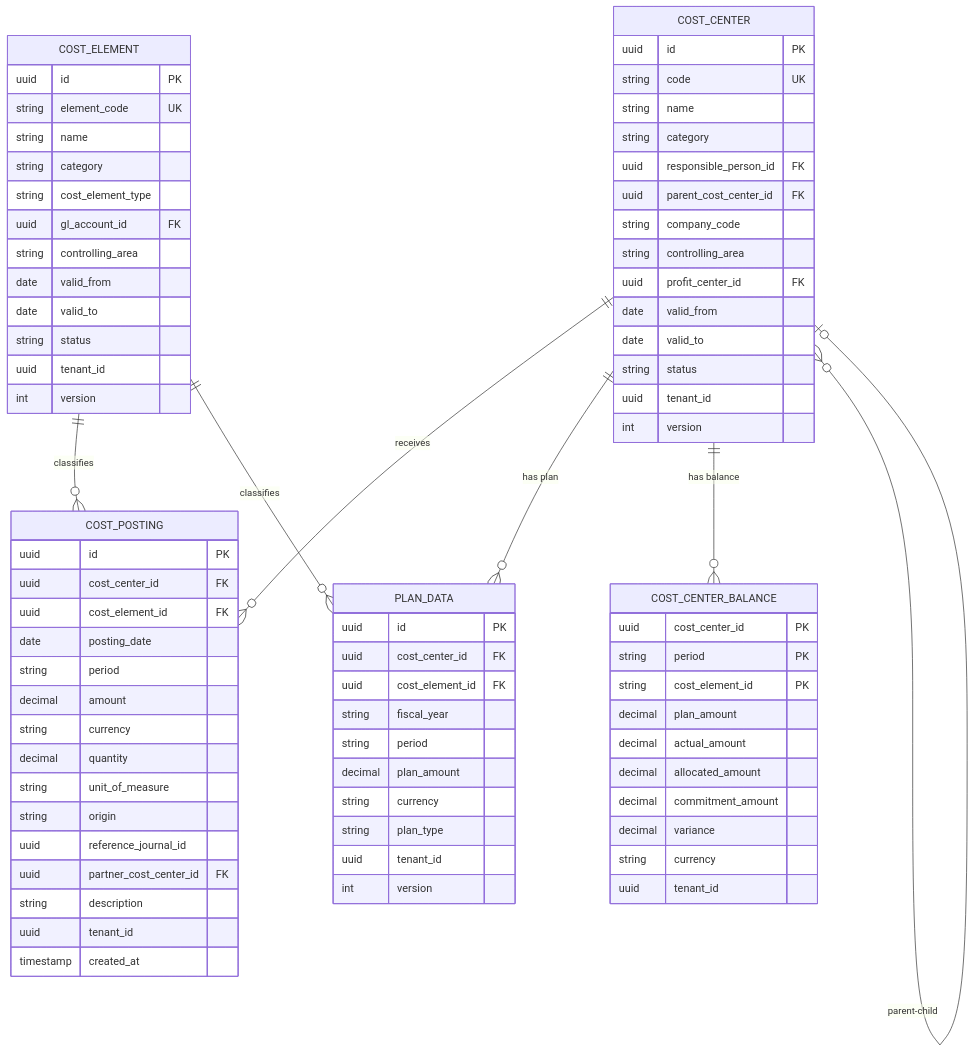
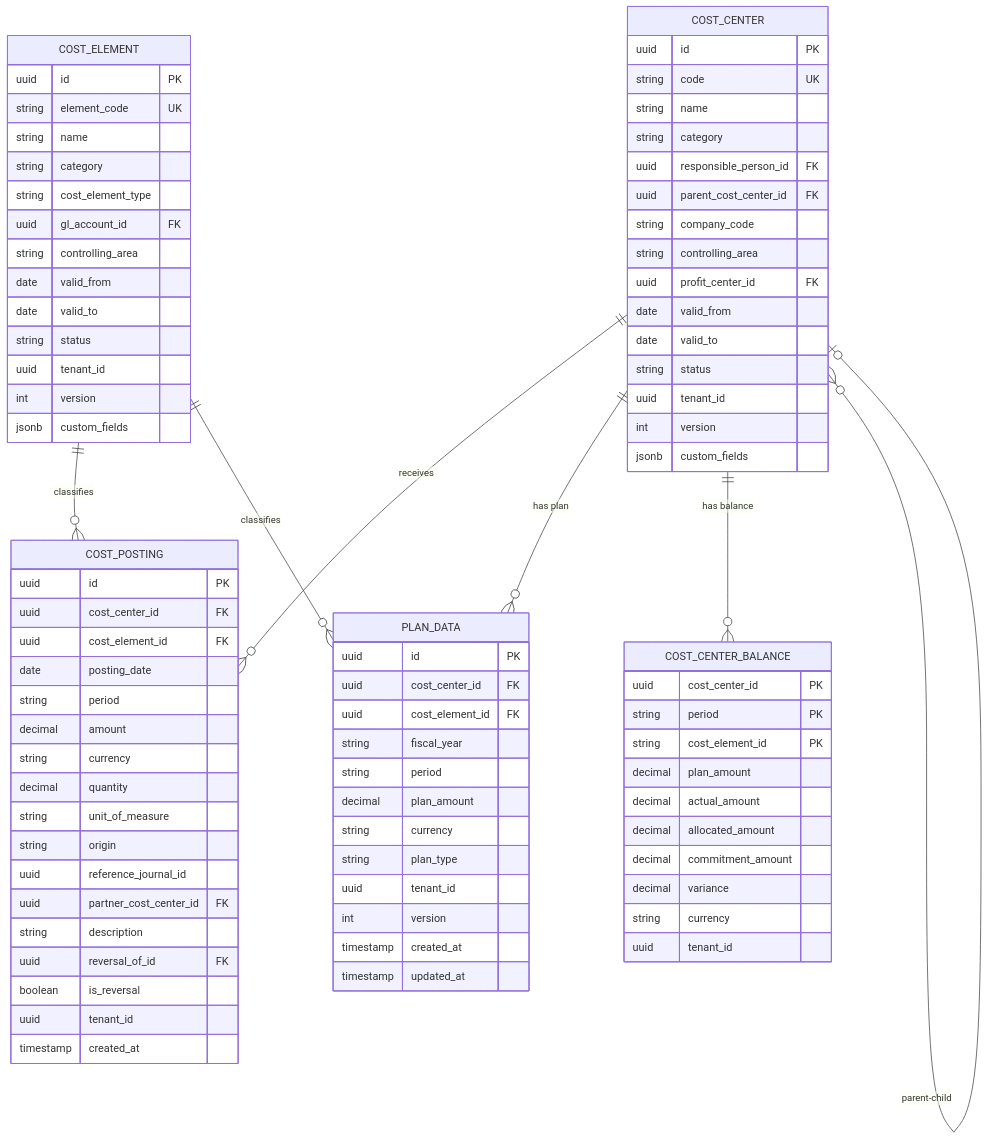
Before and after one commit to openleap-io/io.openleap.dev.spec: the sixth of 6 diagrams in T3_Domains/CO/domain-specs/co_cca-spec.md, drawn with Mermaid. The commit also changed other lines of this file and 54 other files, not shown here.

```diff
--- a/T3_Domains/CO/domain-specs/co_cca-spec.md
+++ b/T3_Domains/CO/domain-specs/co_cca-spec.md
@@ -1250,6 +2198,7 @@
         string status
         uuid tenant_id
         int version
+        jsonb custom_fields
     }
 
     COST_ELEMENT {
@@ -1265,6 +2214,7 @@
         string status
         uuid tenant_id
         int version
+        jsonb custom_fields
     }
 
     COST_POSTING {
@@ -1281,6 +2231,8 @@
         uuid reference_journal_id
         uuid partner_cost_center_id FK
         string description
+        uuid reversal_of_id FK
+        boolean is_reversal
         uuid tenant_id
         timestamp created_at
     }
@@ -1296,6 +2248,8 @@
         string plan_type
         uuid tenant_id
         int version
+        timestamp created_at
+        timestamp updated_at
     }
 
     COST_CENTER_BALANCE {
```
